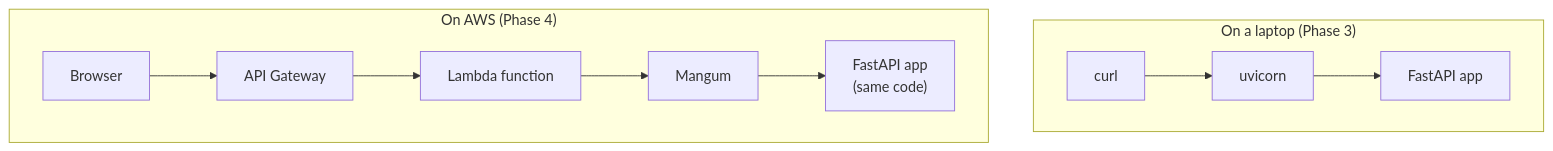
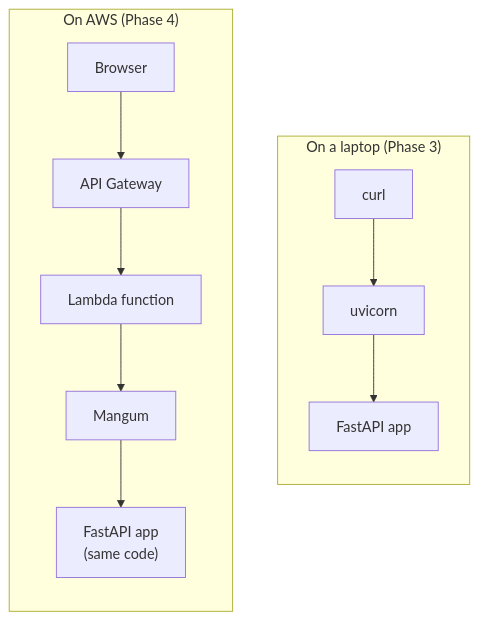
One commit to jconnors23/510-m3-nfl-prediction-analytics changed the second of 4 diagrams in docs/implementation/phase-4/implementation.md. Above: the diagram before and after it, drawn with Mermaid. The commit also changed other lines of this file and 47 other files, not shown here.

````diff
--- a/docs/implementation/phase-4/implementation.md
+++ b/docs/implementation/phase-4/implementation.md
@@ -42,11 +43,11 @@
 ```mermaid
 flowchart TB
     subgraph Local["On a laptop (Phase 3)"]
-        direction LR
+        direction TB
         L1["curl"] --> L2["uvicorn"] --> L3["FastAPI app"]
     end
     subgraph Cloud["On AWS (Phase 4)"]
-        direction LR
+        direction TB
         C1["Browser"] --> C2["API Gateway"] --> C3["Lambda function"] --> C4["Mangum"] --> C5["FastAPI app<br/>(same code)"]
     end
 ```
````
